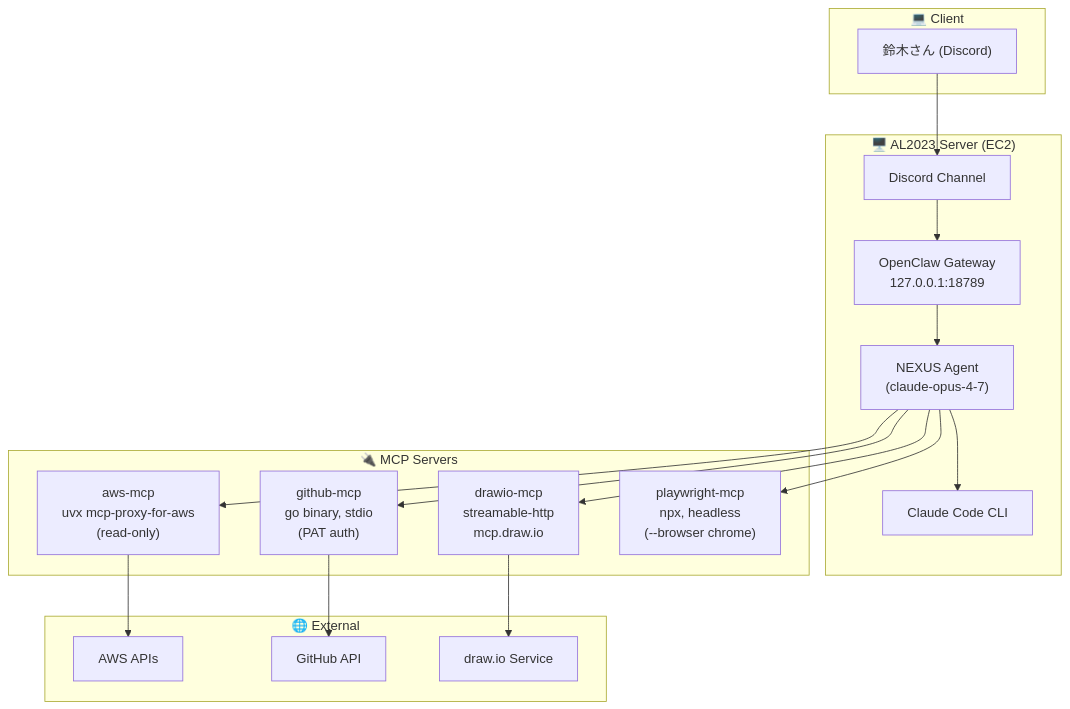
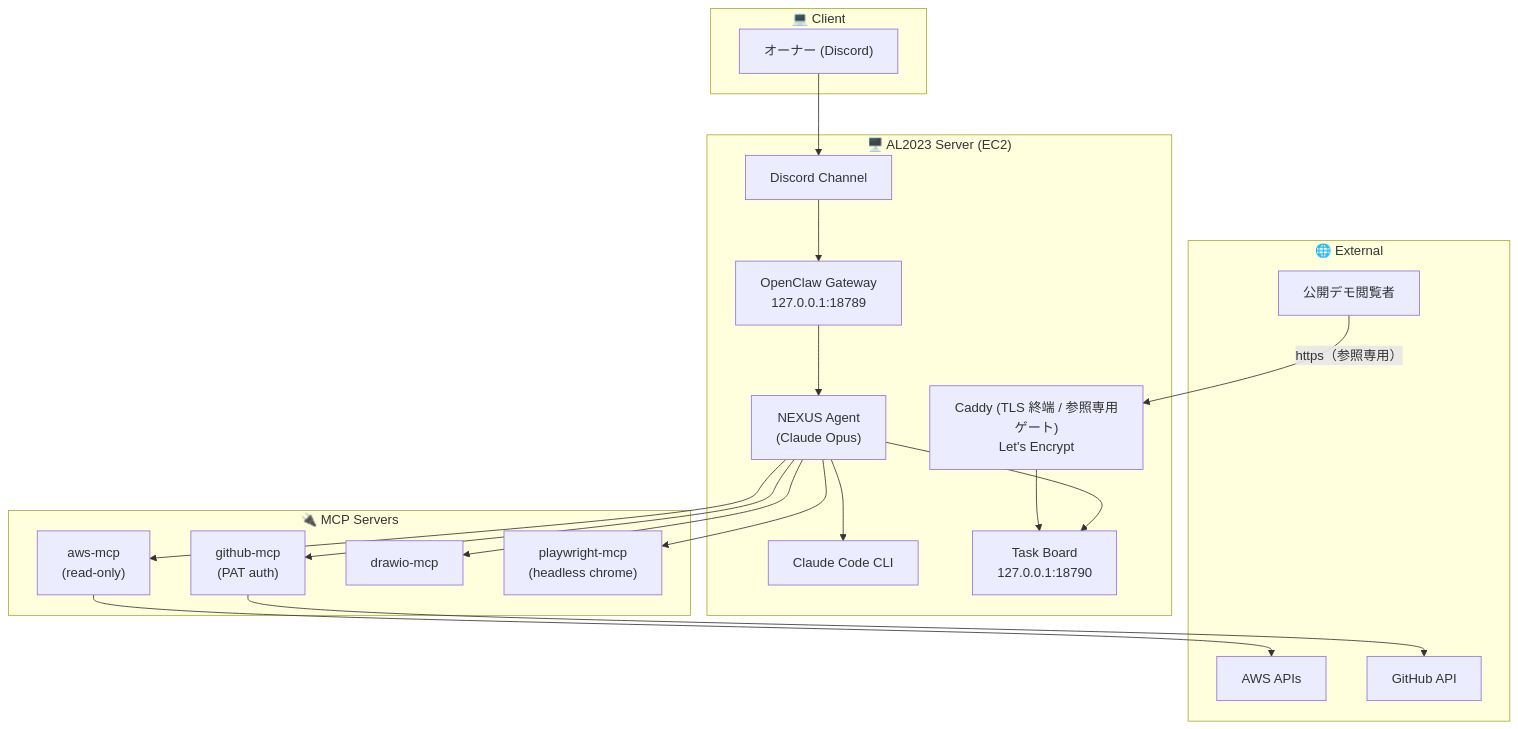
The diagram in README.md (TakahitoSuzukiii/public-openclaw-01), drawn with Mermaid before and after one commit. The commit also changed other lines of this file and 1 other file, not shown here.

````diff
--- a/README.md
+++ b/README.md
@@ -11,38 +39,37 @@
 ```mermaid
 flowchart TD
     subgraph client["💻 Client"]
-        user["鈴木さん (Discord)"]
+        user["オーナー (Discord)"]
     end
 
     subgraph host["🖥️ AL2023 Server (EC2)"]
         discord_ch["Discord Channel"]
         openclaw["OpenClaw Gateway<br/>127.0.0.1:18789"]
-        nexus["NEXUS Agent<br/>(claude-opus-4-7)"]
+        nexus["NEXUS Agent<br/>(Claude Opus)"]
         claude_cli["Claude Code CLI"]
+        caddy["Caddy (TLS 終端 / 参照専用ゲート)<br/>Let's Encrypt"]
+        board["Task Board<br/>127.0.0.1:18790"]
     end
 
     subgraph mcp["🔌 MCP Servers"]
-        aws_mcp["aws-mcp<br/>uvx mcp-proxy-for-aws<br/>(read-only)"]
-        github_mcp["github-mcp<br/>go binary, stdio<br/>(PAT auth)"]
-        drawio_mcp["drawio-mcp<br/>streamable-http<br/>mcp.draw.io"]
-        playwright_mcp["playwright-mcp<br/>npx, headless<br/>(--browser chrome)"]
+        aws_mcp["aws-mcp<br/>(read-only)"]
+        github_mcp["github-mcp<br/>(PAT auth)"]
+        drawio_mcp["drawio-mcp"]
+        playwright_mcp["playwright-mcp<br/>(headless chrome)"]
     end
 
     subgraph ext["🌐 External"]
+        visitor["公開デモ閲覧者"]
         aws_api["AWS APIs"]
         github_api["GitHub API"]
-        drawio_api["draw.io Service"]
     end
 
-    user --> discord_ch
-    discord_ch --> openclaw
-    openclaw --> nexus
+    user --> discord_ch --> openclaw --> nexus
     nexus --> claude_cli
-    nexus --> aws_mcp
-    nexus --> github_mcp
+    nexus --> aws_mcp --> aws_api
+    nexus --> github_mcp --> github_api
     nexus --> drawio_mcp
     nexus --> playwright_mcp
-    aws_mcp --> aws_api
-    github_mcp --> github_api
-    drawio_mcp --> drawio_api
+    nexus --> board
+    visitor -->|"https（参照専用）"| caddy --> board
 ```
````
